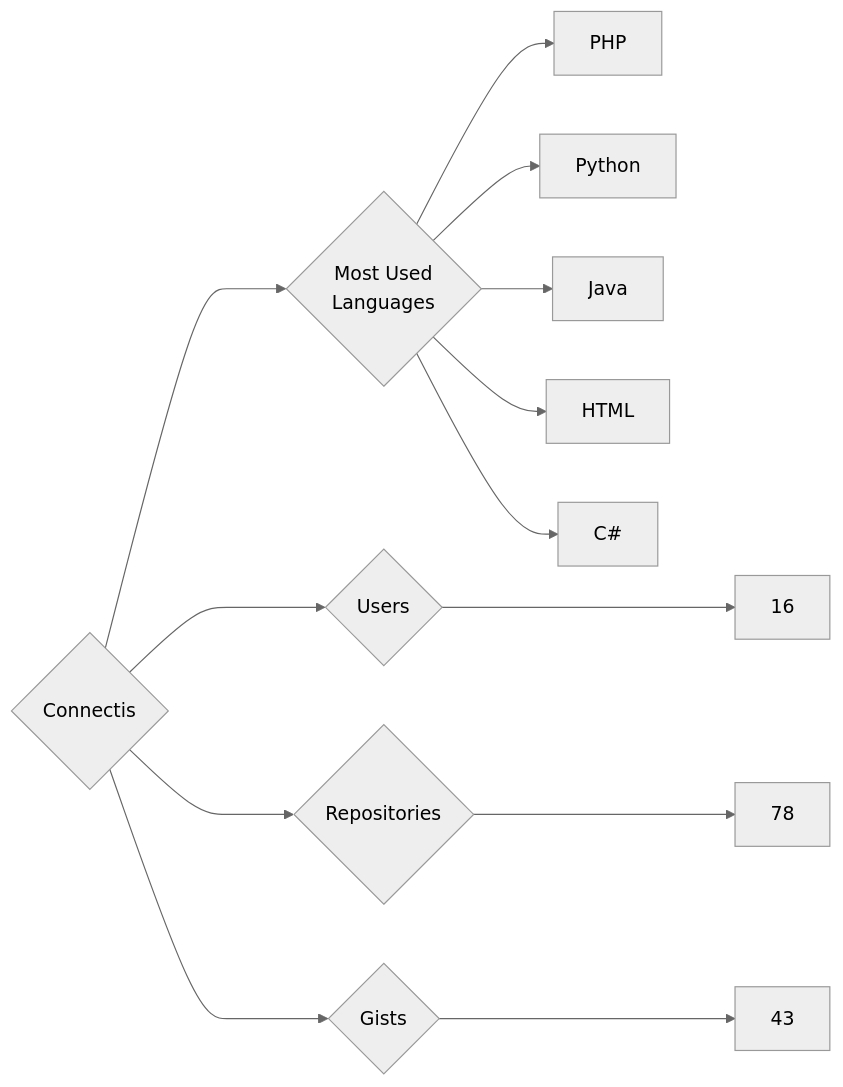
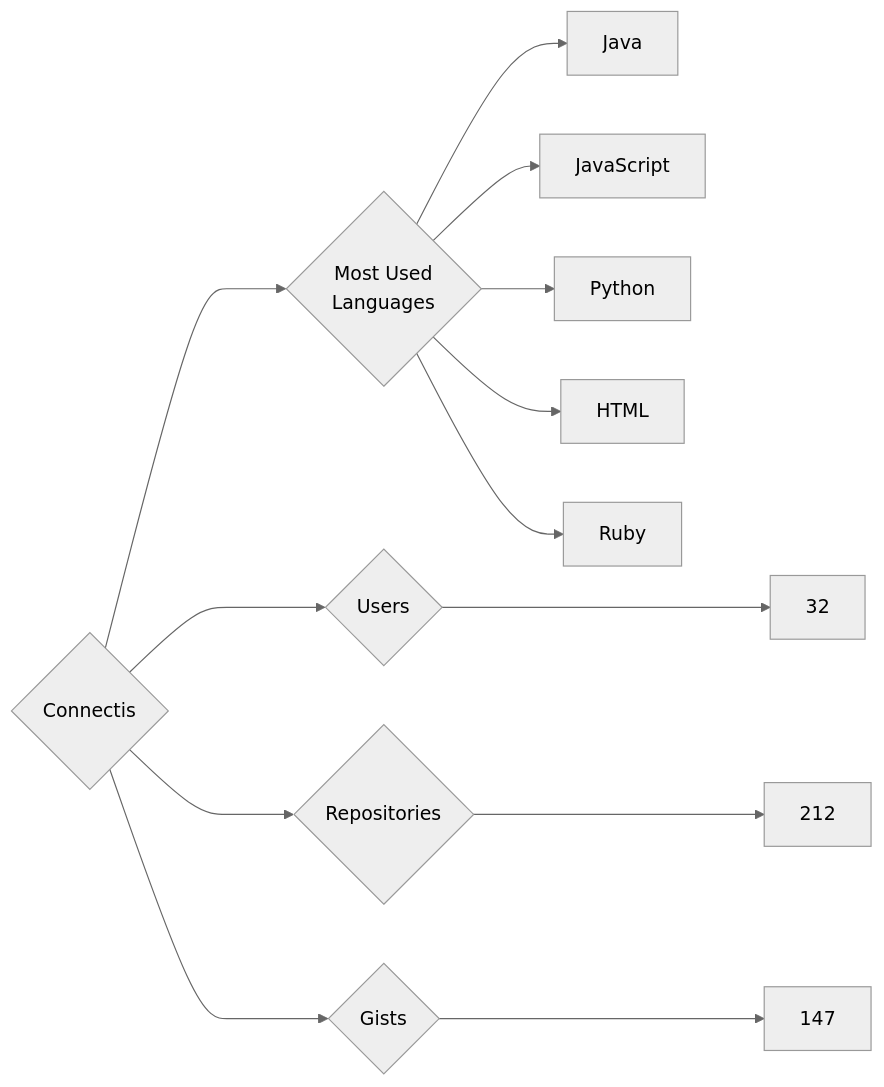
One commit to trickest/insiders changed the diagram in targets/Connectis/README.md. Above: the diagram before and after it, drawn with Mermaid (neutral theme). The commit also changed 934 other files, not shown here.

````diff
--- a/targets/Connectis/README.md
+++ b/targets/Connectis/README.md
@@ -3,13 +3,13 @@
 ```mermaid
 graph LR
 COMPANY_NAME{Connectis}
-COMPANY_NAME ---> U{Users} ---> UN[16]
-COMPANY_NAME ---> R{Repositories} ---> RN[78]
-COMPANY_NAME ---> G{Gists} ---> GN[43]
+COMPANY_NAME ---> U{Users} ---> UN[32]
+COMPANY_NAME ---> R{Repositories} ---> RN[212]
+COMPANY_NAME ---> G{Gists} ---> GN[147]
 COMPANY_NAME ---> ML{Most Used<br>Languages}
-ML --> PHP[PHP]
+ML --> Java[Java]
+ML --> JavaScript[JavaScript]
 ML --> Python[Python]
-ML --> Java[Java]
 ML --> HTML[HTML]
-ML --> C#[C#]
+ML --> Ruby[Ruby]
 ```
````
